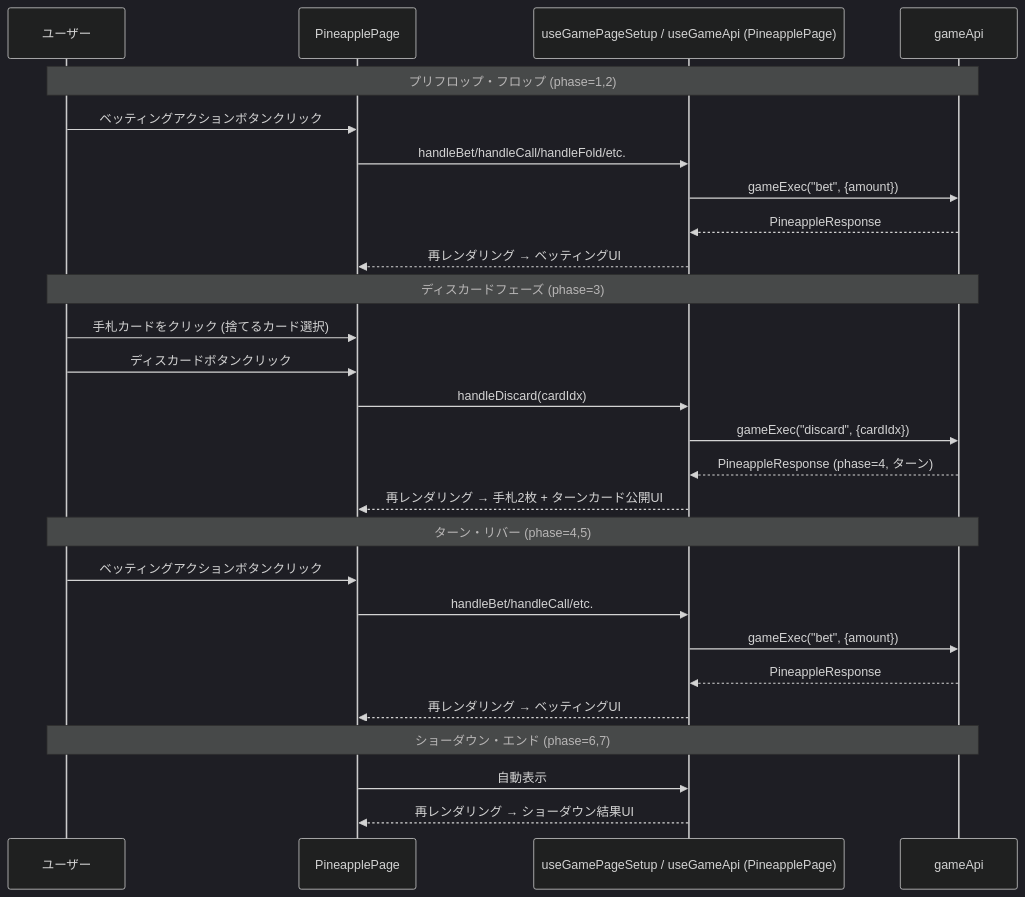
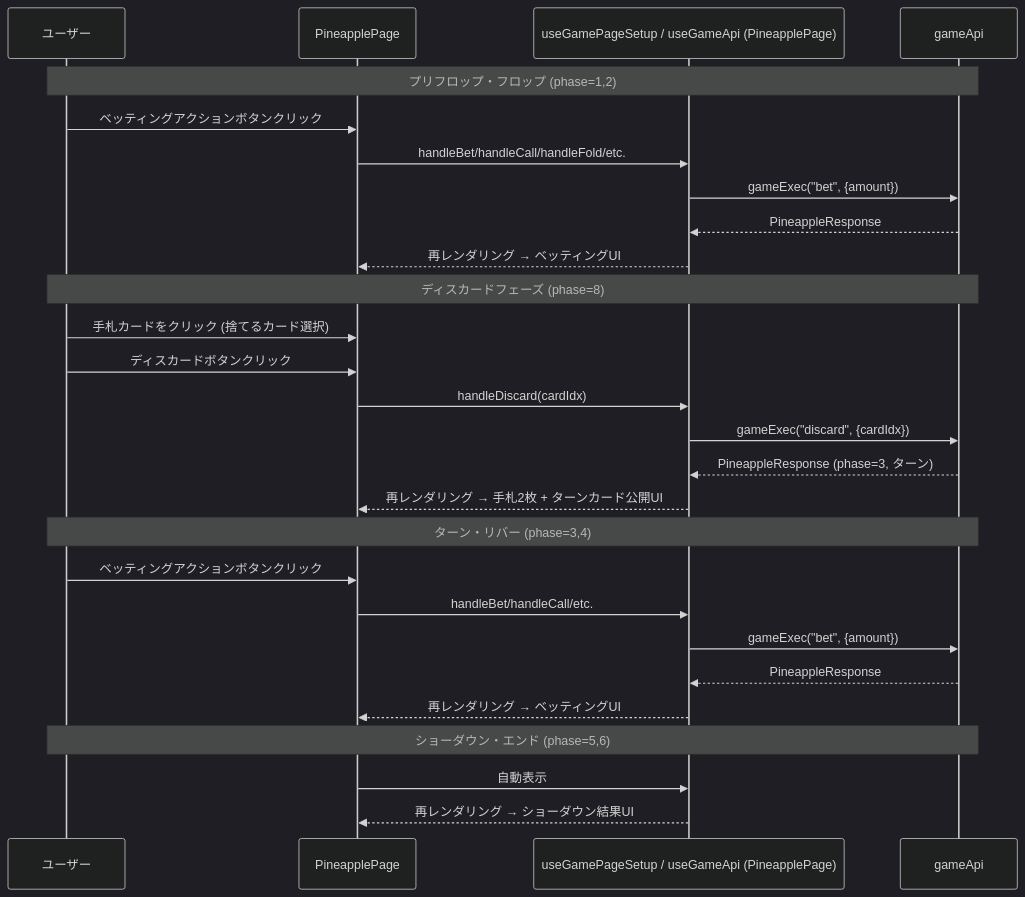
Diagram 18 of 49 in docs/design/frontend.md (yuta-yoshinaga/go_trumpcards), drawn with Mermaid (dark theme) before and after one commit. The commit also changed other lines of this file, not shown here.

````diff
--- a/docs/design/frontend.md
+++ b/docs/design/frontend.md
@@ -2361,33 +2360,33 @@
 ```mermaid
 sequenceDiagram
     participant User as ユーザー
     participant Page as PineapplePage
     participant Hook as useGamePageSetup / useGameApi (PineapplePage)
     participant API as gameApi
 
     Note over User,API: プリフロップ・フロップ (phase=1,2)
     User->>Page: ベッティングアクションボタンクリック
     Page->>Hook: handleBet/handleCall/handleFold/etc.
     Hook->>API: gameExec("bet", {amount})
     API-->>Hook: PineappleResponse
     Hook-->>Page: 再レンダリング → ベッティングUI
 
-    Note over User,API: ディスカードフェーズ (phase=3)
+    Note over User,API: ディスカードフェーズ (phase=8)
     User->>Page: 手札カードをクリック (捨てるカード選択)
     User->>Page: ディスカードボタンクリック
     Page->>Hook: handleDiscard(cardIdx)
     Hook->>API: gameExec("discard", {cardIdx})
-    API-->>Hook: PineappleResponse (phase=4, ターン)
+    API-->>Hook: PineappleResponse (phase=3, ターン)
     Hook-->>Page: 再レンダリング → 手札2枚 + ターンカード公開UI
 
-    Note over User,API: ターン・リバー (phase=4,5)
+    Note over User,API: ターン・リバー (phase=3,4)
     User->>Page: ベッティングアクションボタンクリック
     Page->>Hook: handleBet/handleCall/etc.
     Hook->>API: gameExec("bet", {amount})
     API-->>Hook: PineappleResponse
     Hook-->>Page: 再レンダリング → ベッティングUI
 
-    Note over User,API: ショーダウン・エンド (phase=6,7)
+    Note over User,API: ショーダウン・エンド (phase=5,6)
     Page->>Hook: 自動表示
     Hook-->>Page: 再レンダリング → ショーダウン結果UI
 ```
````
